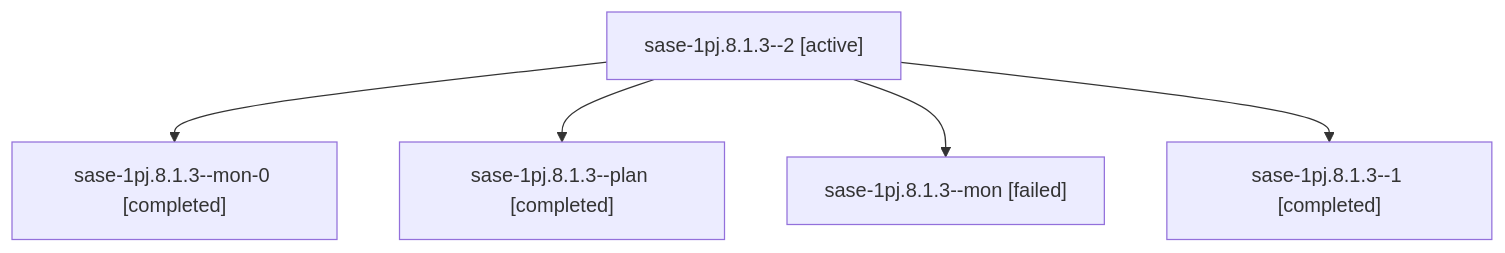
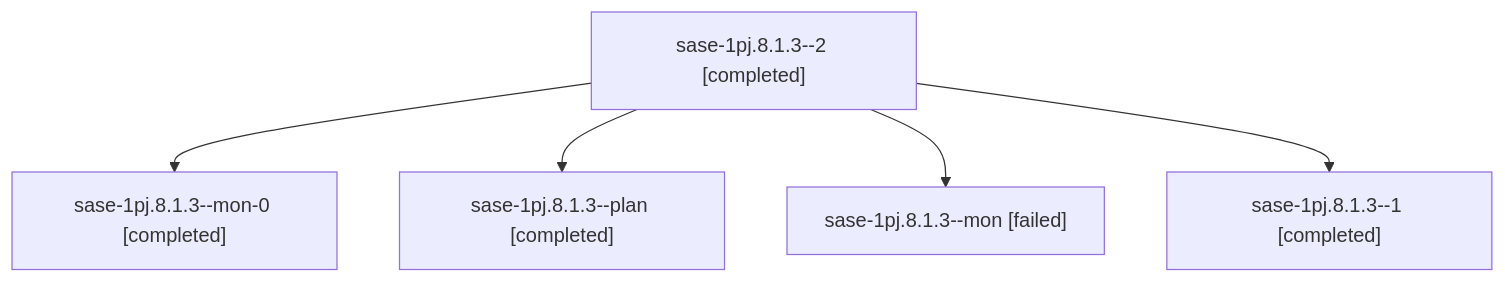
One commit to sase-org/sase--agents changed the diagram in sessions/bbugyi200.athena.sase-1pj.8.1.3.md. Above: the diagram before and after it, drawn with Mermaid. The commit also changed other lines of this file and 181 other files, not shown here.

````diff
--- a/sessions/bbugyi200.athena.sase-1pj.8.1.3.md
+++ b/sessions/bbugyi200.athena.sase-1pj.8.1.3.md
@@ -9,12 +9,12 @@
 ```mermaid
 flowchart TD
-  n0["sase-1pj.8.1.3--2 [active]"]
+  n0["sase-1pj.8.1.3--2 [completed]"]
   n1["sase-1pj.8.1.3--mon-0 [completed]"]
   n0 --> n1
   n2["sase-1pj.8.1.3--plan [completed]"]
   n0 --> n2
   n3["sase-1pj.8.1.3--mon [failed]"]
   n0 --> n3
   n4["sase-1pj.8.1.3--1 [completed]"]
   n0 --> n4
 ```
````
